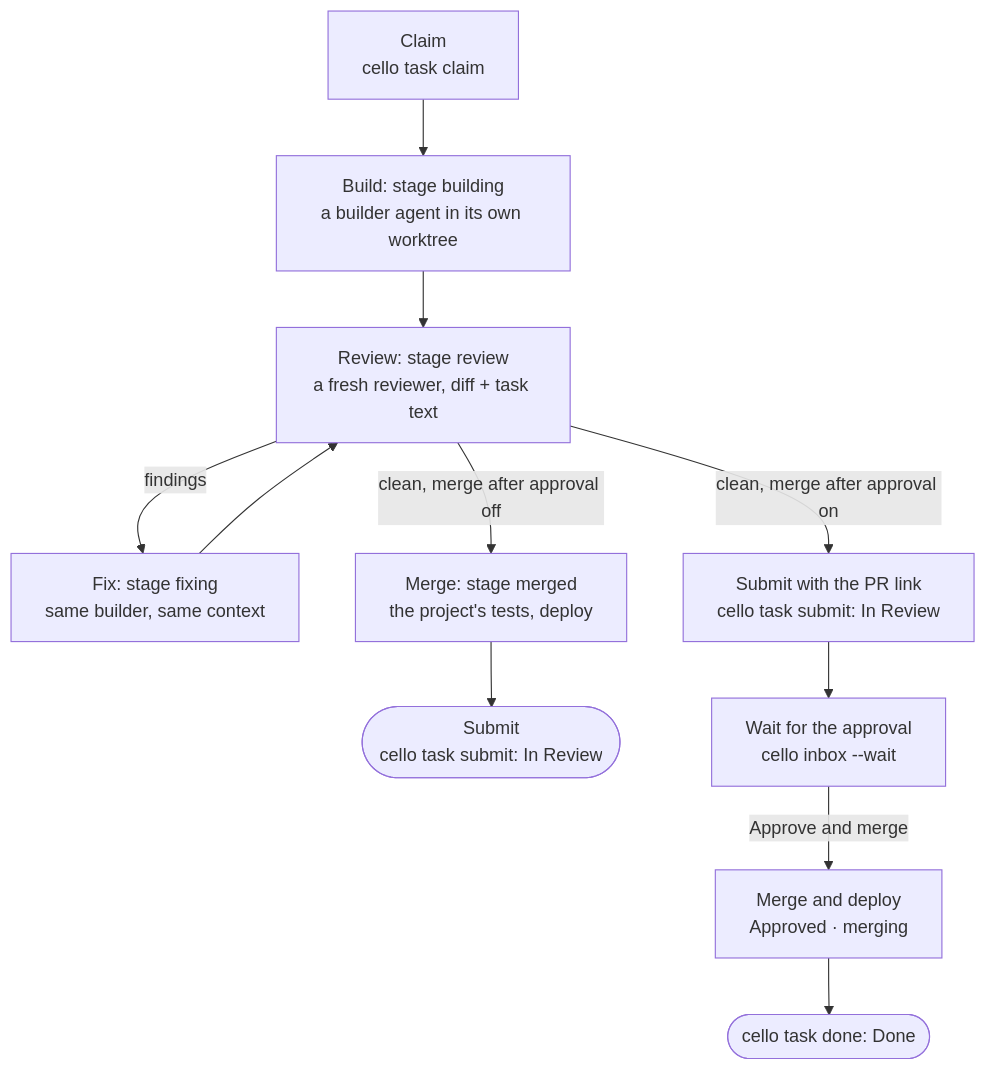
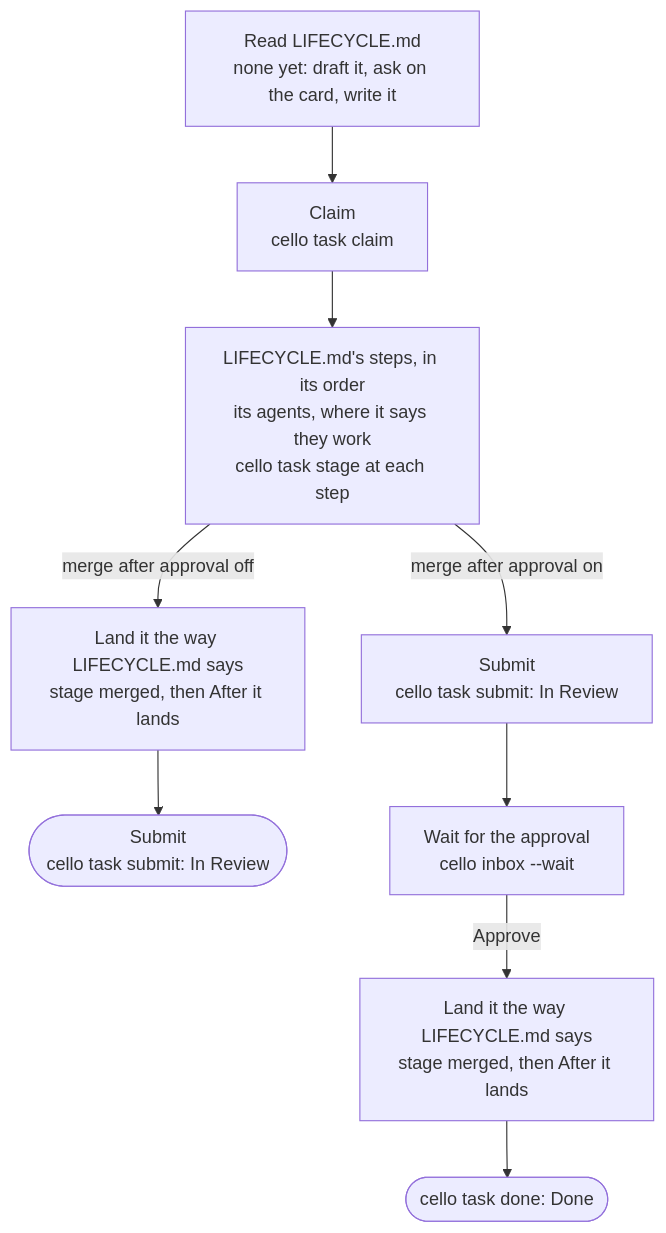
One commit to lnmunhoz/cello changed the diagram in apps/cli/claude-plugin/cello/commands/orchestrate.md. Above: the diagram before and after it, drawn with Mermaid. The commit also changed other lines of this file and 22 other files, not shown here.

First line of the commit message:
feat(plugin): /cello:orchestrate follows the project's LIFECYCLE.md, and drafts one with the human when it's missing (CEL-168)

````diff
--- a/apps/cli/claude-plugin/cello/commands/orchestrate.md
+++ b/apps/cli/claude-plugin/cello/commands/orchestrate.md
@@ -33,13 +29,11 @@
 ```mermaid
 flowchart TD
-    A["Claim<br/>cello task claim"] --> B["Build: stage building<br/>a builder agent in its own worktree"]
-    B --> C["Review: stage review<br/>a fresh reviewer, diff + task text"]
-    C -->|findings| D["Fix: stage fixing<br/>same builder, same context"]
-    D --> C
-    C -->|"clean, merge after approval off"| E["Merge: stage merged<br/>the project's tests, deploy"]
-    E --> F(["Submit<br/>cello task submit: In Review"])
-    C -->|"clean, merge after approval on"| G["Submit with the PR link<br/>cello task submit: In Review"]
-    G --> H["Wait for the approval<br/>cello inbox --wait"]
-    H -->|"Approve and merge"| I["Merge and deploy<br/>Approved · merging"]
-    I --> J(["cello task done: Done"])
+    A["Read LIFECYCLE.md<br/>none yet: draft it, ask on the card, write it"] --> B["Claim<br/>cello task claim"]
+    B --> C["LIFECYCLE.md's steps, in its order<br/>its agents, where it says they work<br/>cello task stage at each step"]
+    C -->|"merge after approval off"| D["Land it the way LIFECYCLE.md says<br/>stage merged, then After it lands"]
+    D --> E(["Submit<br/>cello task submit: In Review"])
+    C -->|"merge after approval on"| F["Submit<br/>cello task submit: In Review"]
+    F --> G["Wait for the approval<br/>cello inbox --wait"]
+    G -->|Approve| H["Land it the way LIFECYCLE.md says<br/>stage merged, then After it lands"]
+    H --> I(["cello task done: Done"])
 ```
````
